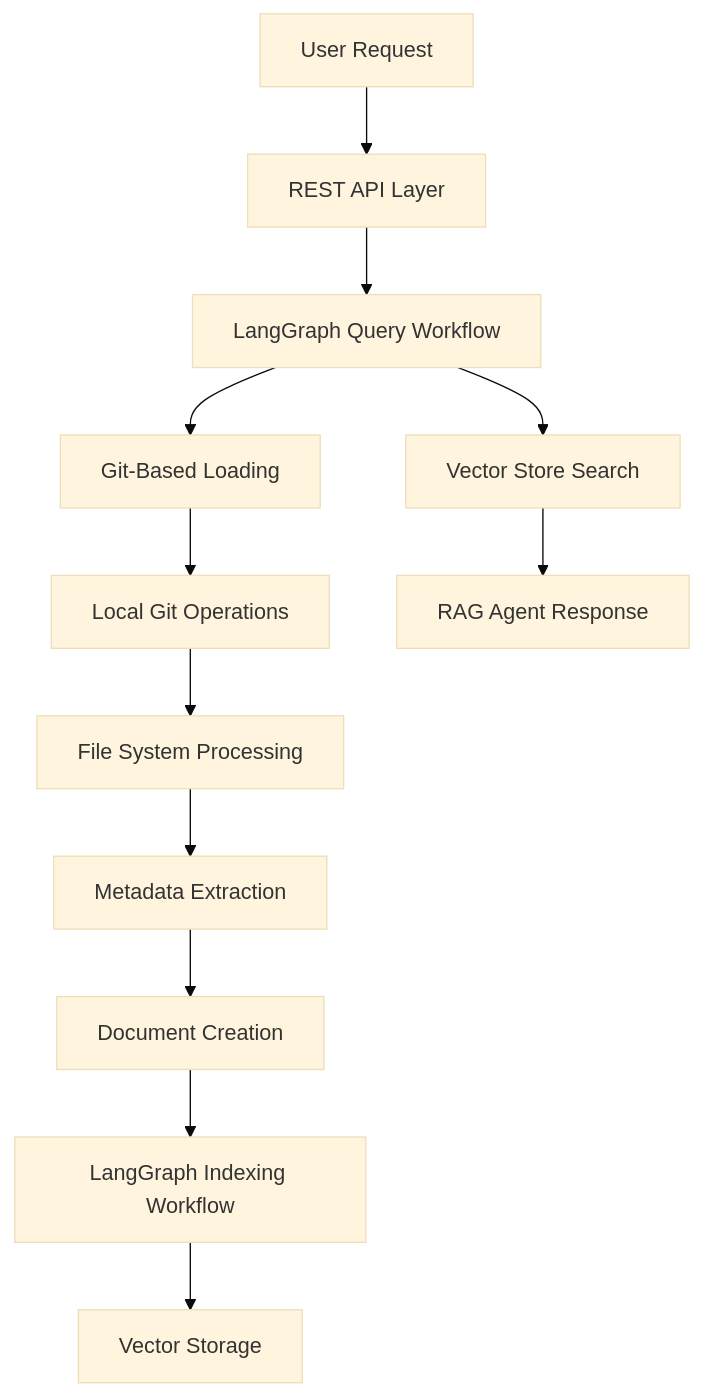
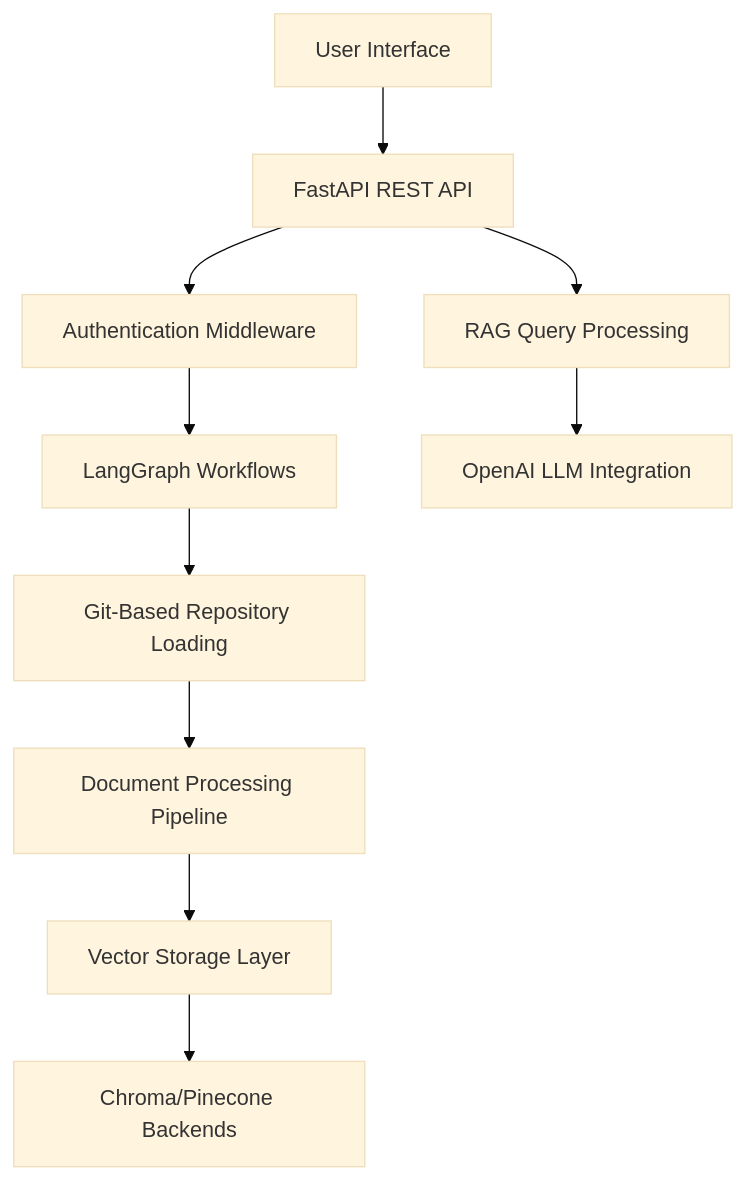
The diagram in memory-bank/activeContext.md (anhhai680/knowledge-graph-agent), drawn with Mermaid (base theme) before and after one commit. The commit also changed other lines of this file and 6 other files, not shown here.

````diff
--- a/memory-bank/activeContext.md
+++ b/memory-bank/activeContext.md
@@ -80,14 +127,12 @@
 ```mermaid
 graph TD
-    A[User Request] --> B[REST API Layer]
-    B --> C[LangGraph Query Workflow]
-    C --> D[Vector Store Search]
-    C --> E[Git-Based Loading]
-    E --> F[Local Git Operations]
-    F --> G[File System Processing]
-    G --> H[Metadata Extraction]
-    H --> I[Document Creation]
-    I --> J[LangGraph Indexing Workflow]
-    J --> K[Vector Storage]
-    D --> L[RAG Agent Response]
+    A[User Interface] --> B[FastAPI REST API]
+    B --> C[Authentication Middleware]
+    C --> D[LangGraph Workflows]
+    D --> E[Git-Based Repository Loading]
+    E --> F[Document Processing Pipeline]
+    F --> G[Vector Storage Layer]
+    B --> H[RAG Query Processing]
+    H --> I[OpenAI LLM Integration]
+    G --> J[Chroma/Pinecone Backends]
 ```
````
